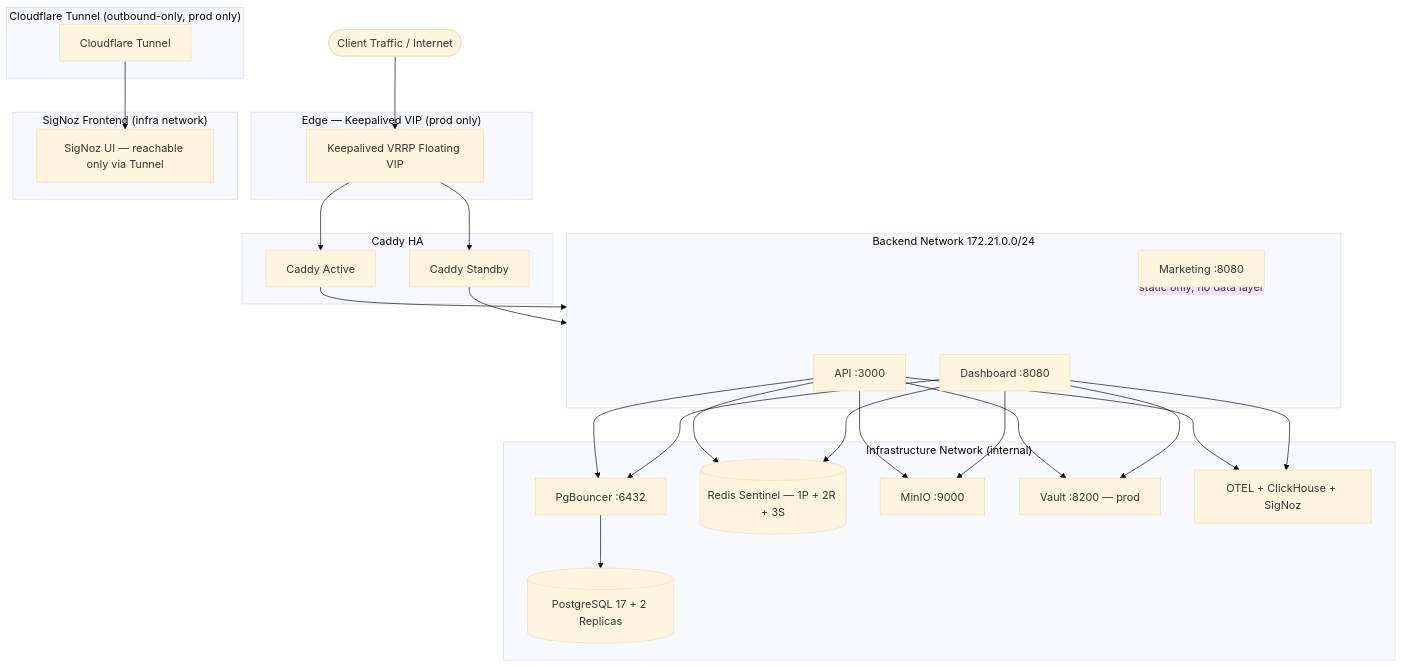
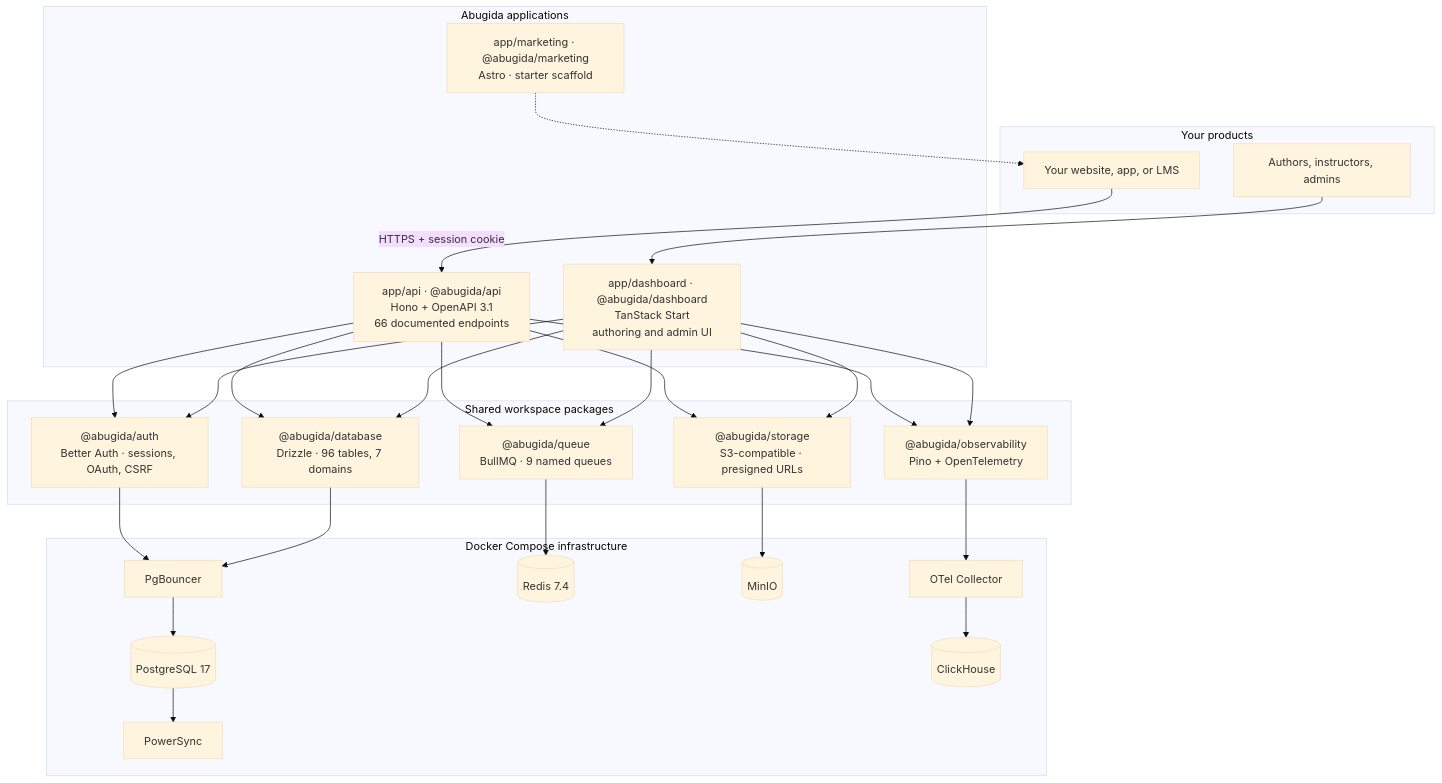
The diagram in README.md (mortymith/Abugida-Backend), drawn with Mermaid (base theme) before and after one commit. The commit also changed other lines of this file, not shown here.

First line of the commit message:
docs: rewrite the root README for Abugida

````diff
--- a/README.md
+++ b/README.md
@@ -50,56 +280,59 @@
 ```mermaid
-flowchart TD
-    client([Client Traffic / Internet])
+flowchart TB
+  subgraph consumers["Your products"]
+    SITE["Your website, app, or LMS"]
+    OPS["Authors, instructors, admins"]
+  end
 
-    subgraph tunnel["Cloudflare Tunnel (outbound-only, prod only)"]
-        CF[Cloudflare Tunnel]
-    end
+  subgraph apps["Abugida applications"]
+    API["app/api · @abugida/api<br/>Hono + OpenAPI 3.1<br/>66 documented endpoints"]
+    DASH["app/dashboard · @abugida/dashboard<br/>TanStack Start<br/>authoring and admin UI"]
+    MKT["app/marketing · @abugida/marketing<br/>Astro · starter scaffold"]
+  end
 
-    subgraph edge["Edge — Keepalived VIP (prod only)"]
-        KA[Keepalived VRRP Floating VIP]
-    end
+  subgraph shared["Shared workspace packages"]
+    AUTH["@abugida/auth<br/>Better Auth · sessions, OAuth, CSRF"]
+    DB["@abugida/database<br/>Drizzle · 96 tables, 7 domains"]
+    QUEUE["@abugida/queue<br/>BullMQ · 9 named queues"]
+    STORAGE["@abugida/storage<br/>S3-compatible · presigned URLs"]
+    OBS["@abugida/observability<br/>Pino + OpenTelemetry"]
+  end
 
-    subgraph caddy["Caddy HA"]
-        CA[Caddy Active]
-        CS[Caddy Standby]
-    end
+  subgraph infra["Docker Compose infrastructure"]
+    PGB["PgBouncer"]
+    PG[("PostgreSQL 17")]
+    RED[("Redis 7.4")]
+    MINIO[("MinIO")]
+    PSYNC["PowerSync"]
+    OTEL["OTel Collector"]
+    CH[("ClickHouse")]
+  end
 
-    subgraph backend["Backend Network 172.21.0.0/24"]
-        API[API :3000]
-        DASH[Dashboard :8080]
-        MKT[Marketing :8080]
-    end
+  SITE -->|"HTTPS + session cookie"| API
+  OPS --> DASH
 
-    subgraph infra["Infrastructure Network (internal)"]
-        PGB[PgBouncer :6432]
-        PG[(PostgreSQL 17 + 2 Replicas)]
-        RED[(Redis Sentinel — 1P + 2R + 3S)]
-        MINIO[MinIO :9000]
-        VAULT[Vault :8200 — prod]
-        OTEL[OTEL + ClickHouse + SigNoz]
-    end
+  API --> AUTH
+  API --> DB
+  API --> QUEUE
+  API --> STORAGE
+  API --> OBS
 
-    subgraph signoz["SigNoz Frontend (infra network)"]
-        SZ[SigNoz UI — reachable only via Tunnel]
-    end
+  DASH --> AUTH
+  DASH --> DB
+  DASH --> QUEUE
+  DASH --> STORAGE
+  DASH --> OBS
 
-    client --> KA
-    KA --> CA
-    KA --> CS
-    CA --> backend
-    CS --> backend
-    CF --> SZ
+  AUTH --> PGB
+  DB --> PGB
+  PGB --> PG
 
-    API --> PGB
-    DASH --> PGB
-    PGB --> PG
-    API --> RED
-    DASH --> RED
-    API --> MINIO
-    DASH --> MINIO
-    API --> VAULT
-    DASH --> VAULT
-    API --> OTEL
-    DASH --> OTEL
-    MKT -. static only, no data layer .- backend
+  QUEUE --> RED
+  STORAGE --> MINIO
+  PG --> PSYNC
+
+  OBS --> OTEL
+  OTEL --> CH
+
+  MKT -.-> SITE
 ```
````
